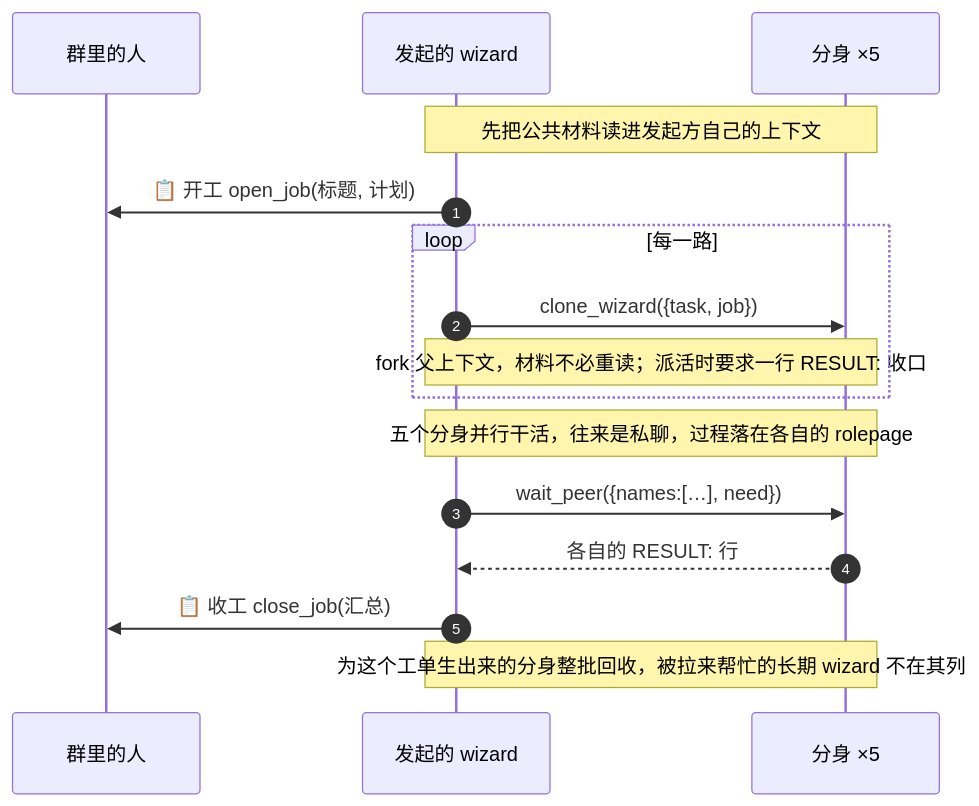
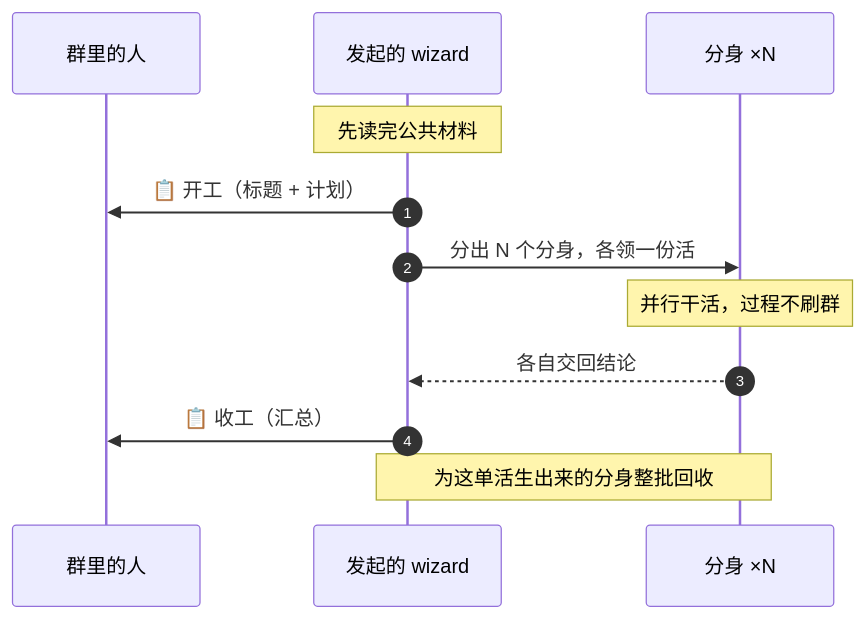
Before and after one commit to guxi11/wezard: the diagram in README.md, drawn with Mermaid. The commit also changed other lines of this file and 1 other file, not shown here.

Commit message:
docs: README 重写精简 (多 wizard 协同 / 任务编排 / rolepage 等章节重排), CHANGELOG 2.0.2 的 BREAKING 条目提到段首

````diff
--- a/README.md
+++ b/README.md
@@ -307,19 +153,15 @@
 ```mermaid
 sequenceDiagram
     autonumber
     participant U as 群里的人
     participant W as 发起的 wizard
-    participant K as 分身 ×5
+    participant K as 分身 ×N
 
-    Note over W,K: 先把公共材料读进发起方自己的上下文
-    W->>U: 📋 开工 open_job(标题, 计划)
-    loop 每一路
-        W->>K: clone_wizard({task, job})
-        Note over W,K: fork 父上下文，材料不必重读；派活时要求一行 RESULT: 收口
-    end
-    Note over W,K: 五个分身并行干活，往来是私聊，过程落在各自的 rolepage
-    W->>K: wait_peer({names:[…], need})
-    K-->>W: 各自的 RESULT: 行
-    W->>U: 📋 收工 close_job(汇总)
-    Note over W,K: 为这个工单生出来的分身整批回收，被拉来帮忙的长期 wizard 不在其列
+    Note over W: 先读完公共材料
+    W->>U: 📋 开工（标题 + 计划）
+    W->>K: 分出 N 个分身，各领一份活
+    Note over K: 并行干活，过程不刷群
+    K-->>W: 各自交回结论
+    W->>U: 📋 收工（汇总）
+    Note over W,K: 为这单活生出来的分身整批回收
 ```
````
